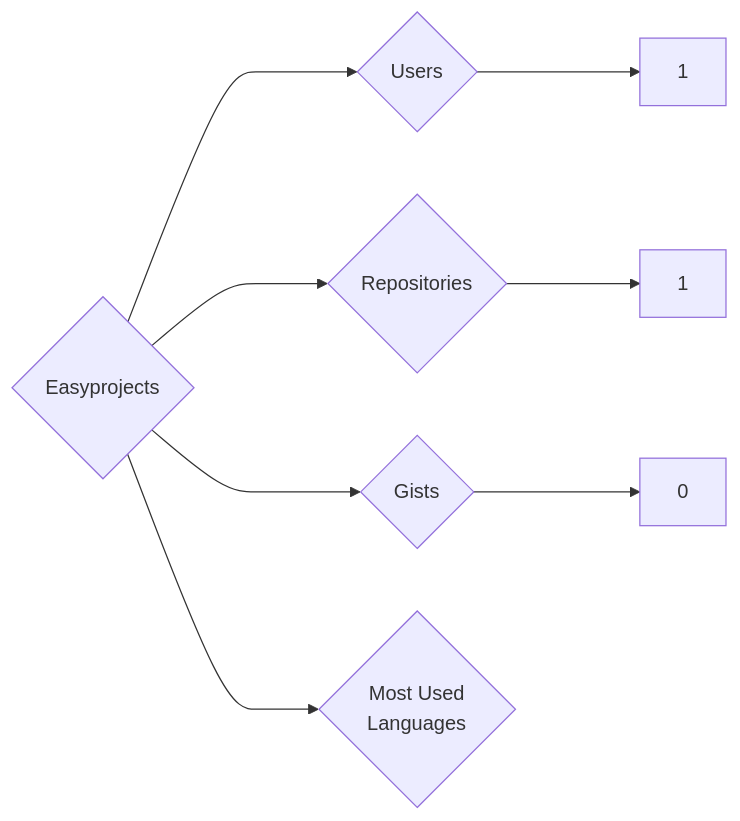
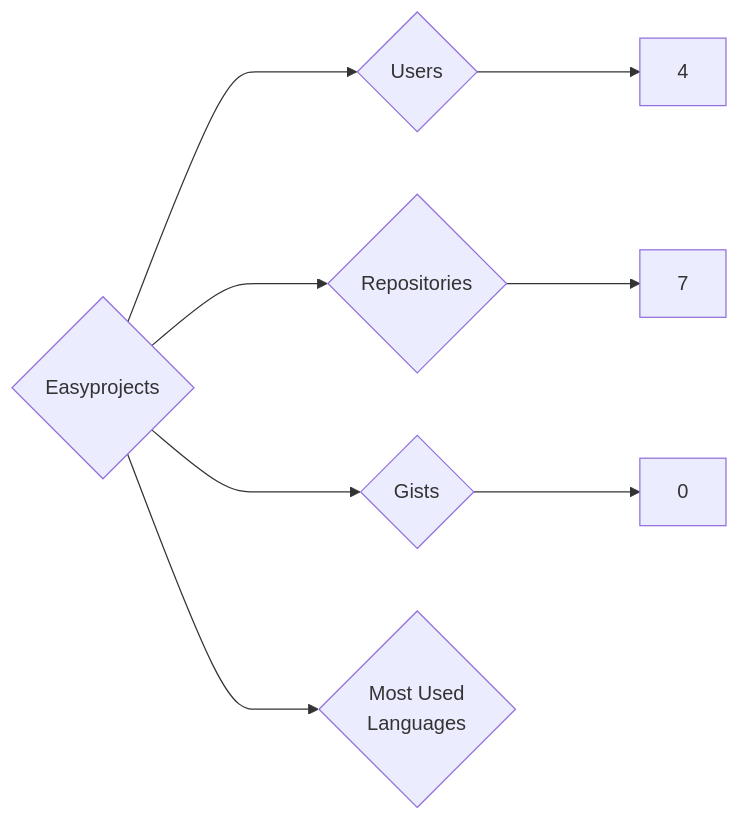
Before and after one commit to trickest/insiders: the diagram in targets/Easyprojects/README.md, drawn with Mermaid. The commit also changed 859 other files, not shown here.

````diff
--- a/targets/Easyprojects/README.md
+++ b/targets/Easyprojects/README.md
@@ -3,8 +3,8 @@
 ```mermaid
 graph LR
 COMPANY_NAME{Easyprojects}
-COMPANY_NAME ---> U{Users} ---> UN[1]
-COMPANY_NAME ---> R{Repositories} ---> RN[1]
+COMPANY_NAME ---> U{Users} ---> UN[4]
+COMPANY_NAME ---> R{Repositories} ---> RN[7]
 COMPANY_NAME ---> G{Gists} ---> GN[0]
 COMPANY_NAME ---> ML{Most Used<br>Languages}
 ```
````
